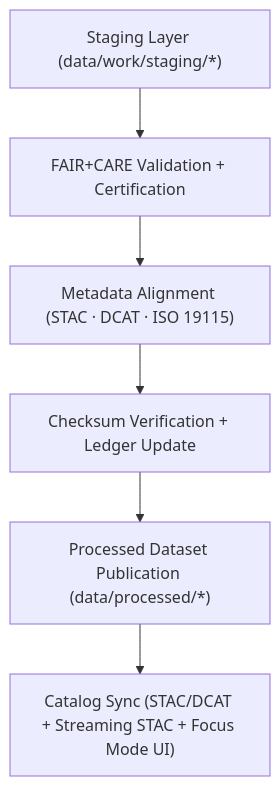
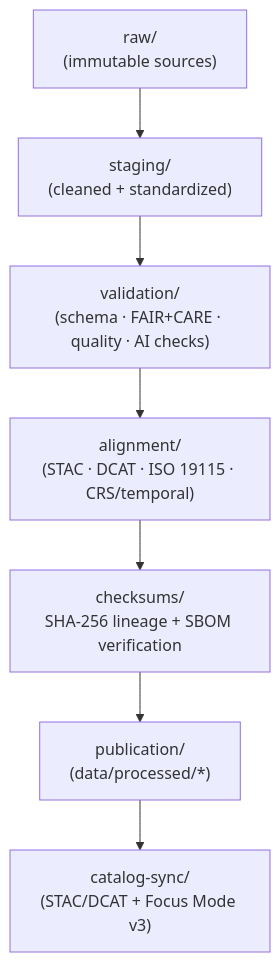
One commit to bartytime4life/Kansas-Frontier-Matrix changed the diagram in data/processed/README.md. Above: the diagram before and after it, drawn with Mermaid. The commit also changed other lines of this file, not shown here.

````diff
--- a/data/processed/README.md
+++ b/data/processed/README.md
@@ -70,8 +147,15 @@
-```mermaid
+~~~~mermaid
 flowchart TD
-    STAGE["Staging Layer (data/work/staging/*)"] --> VAL["FAIR+CARE Validation + Certification"]
-    VAL --> ALIGN["Metadata Alignment (STAC · DCAT · ISO 19115)"]
-    ALIGN --> CHK["Checksum Verification + Ledger Update"]
-    CHK --> PUB["Processed Dataset Publication (data/processed/*)"]
-    PUB --> CAT["Catalog Sync (STAC/DCAT + Streaming STAC + Focus Mode UI)"]
-```
+  A["raw/\n(immutable sources)"]
+    --> B["staging/\n(cleaned + standardized)"]
+
+  B --> C["validation/\n(schema · FAIR+CARE · quality · AI checks)"]
+
+  C --> D["alignment/\n(STAC · DCAT · ISO 19115 · CRS/temporal)"]
+
+  D --> E["checksums/\nSHA-256 lineage + SBOM verification"]
+
+  E --> F["publication/\n(data/processed/*)"]
+
+  F --> G["catalog-sync/\n(STAC/DCAT + Focus Mode v3)"]
+~~~~
````
